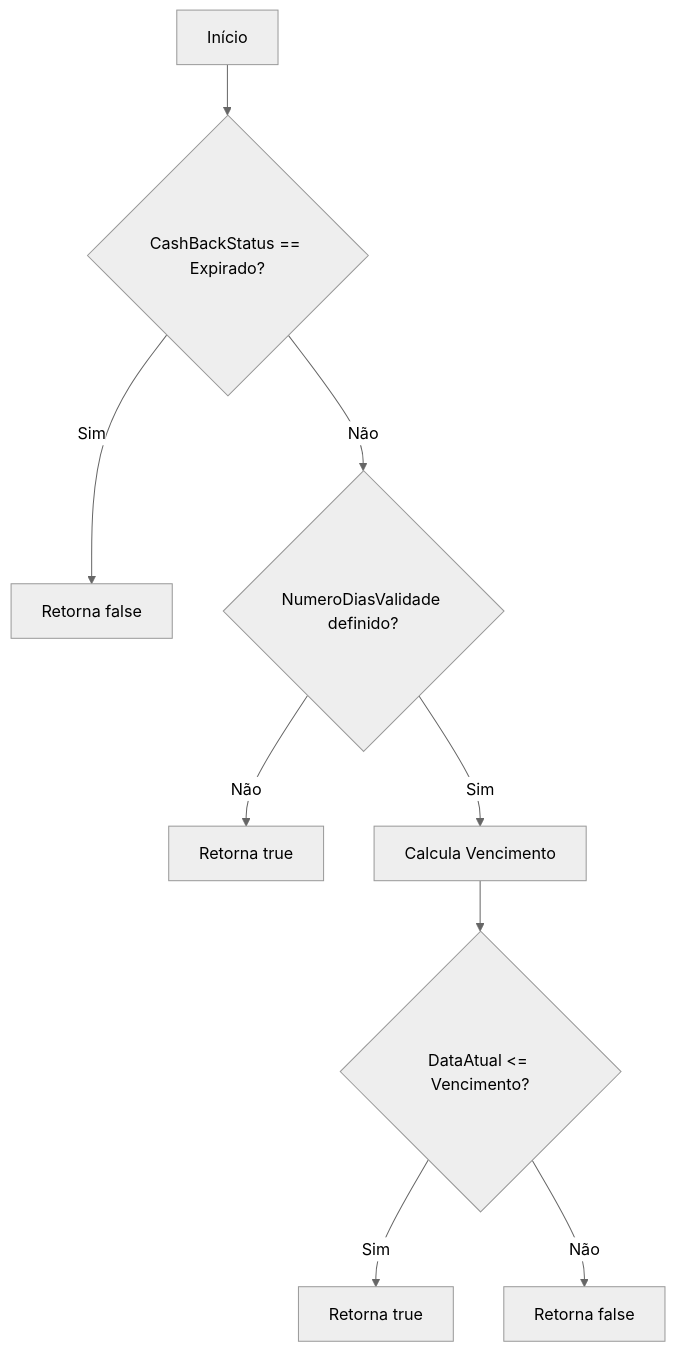
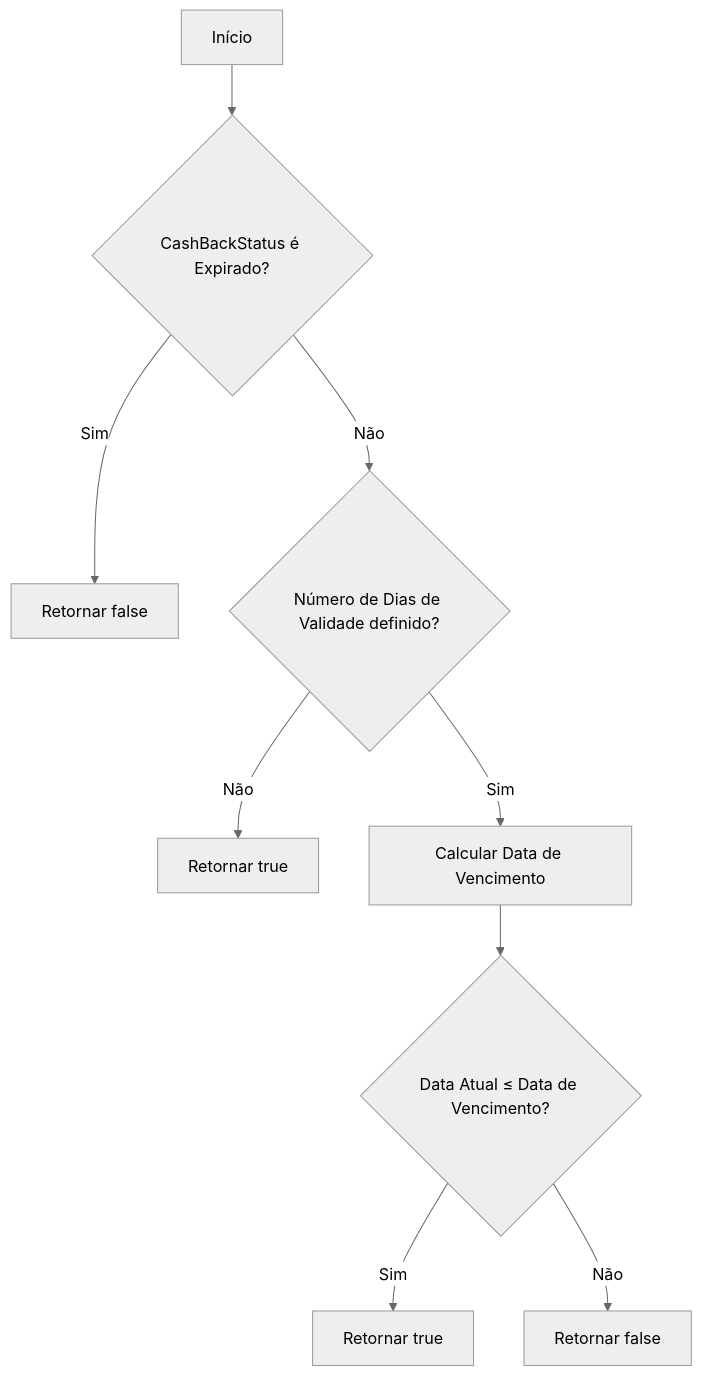
The first of 3 diagrams in docs/b2b-dominio/IsthmusWinthor.Nucleo/IsthmusWinthor.Dominio/Entidades/CashBackEntrada.md (IsthmusSistemas/documentacao-tecnica), drawn with Mermaid (neutral theme) before and after one commit. The commit also changed other lines of this file and 882 other files, not shown here.

````diff
--- a/docs/b2b-dominio/IsthmusWinthor.Nucleo/IsthmusWinthor.Dominio/Entidades/CashBackEntrada.md
+++ b/docs/b2b-dominio/IsthmusWinthor.Nucleo/IsthmusWinthor.Dominio/Entidades/CashBackEntrada.md
@@ -21,11 +21,11 @@
 ```mermaid
 flowchart TD
-    A[Início] --> B{CashBackStatus == Expirado?}
-    B -- Sim --> C[Retorna false]
-    B -- Não --> D{NumeroDiasValidade definido?}
-    D -- Não --> E[Retorna true]
-    D -- Sim --> F[Calcula Vencimento]
-    F --> G{DataAtual <= Vencimento?}
-    G -- Sim --> H[Retorna true]
-    G -- Não --> I[Retorna false]
+    A[Início] --> B{CashBackStatus é Expirado?}
+    B -- Sim --> C[Retornar false]
+    B -- Não --> D{Número de Dias de Validade definido?}
+    D -- Não --> E[Retornar true]
+    D -- Sim --> F[Calcular Data de Vencimento]
+    F --> G{Data Atual ≤ Data de Vencimento?}
+    G -- Sim --> H[Retornar true]
+    G -- Não --> I[Retornar false]
 ```
````
